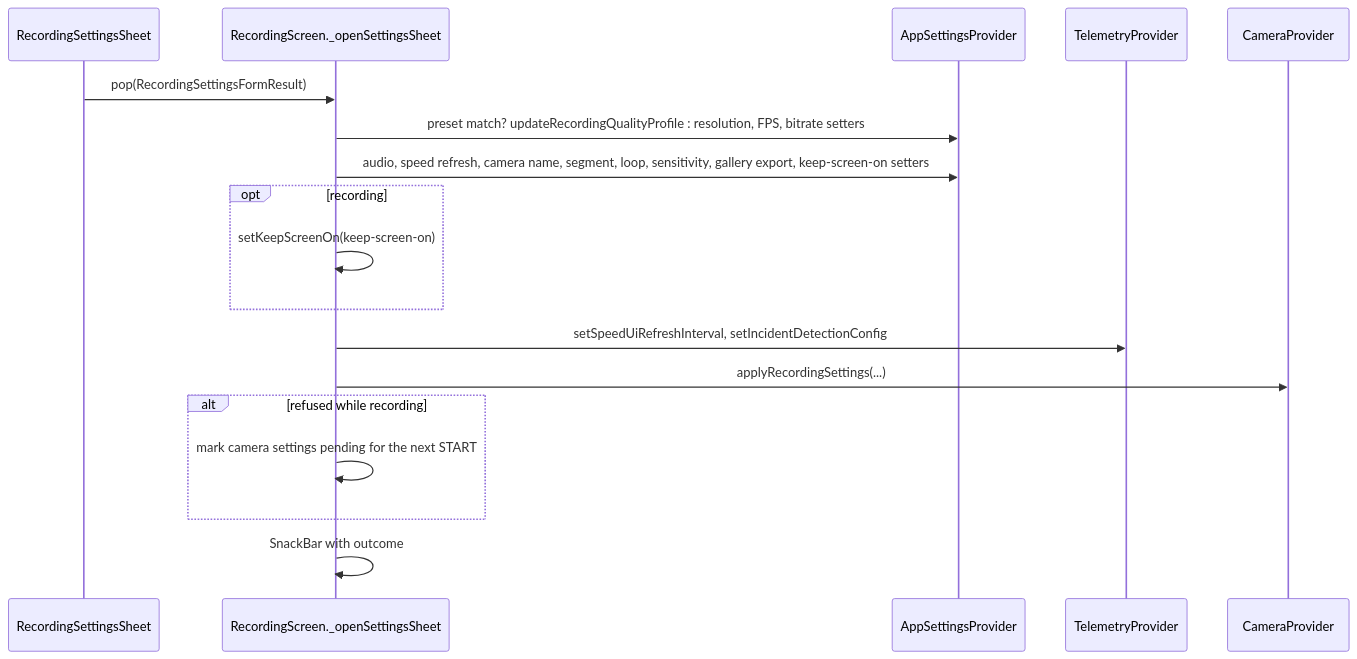
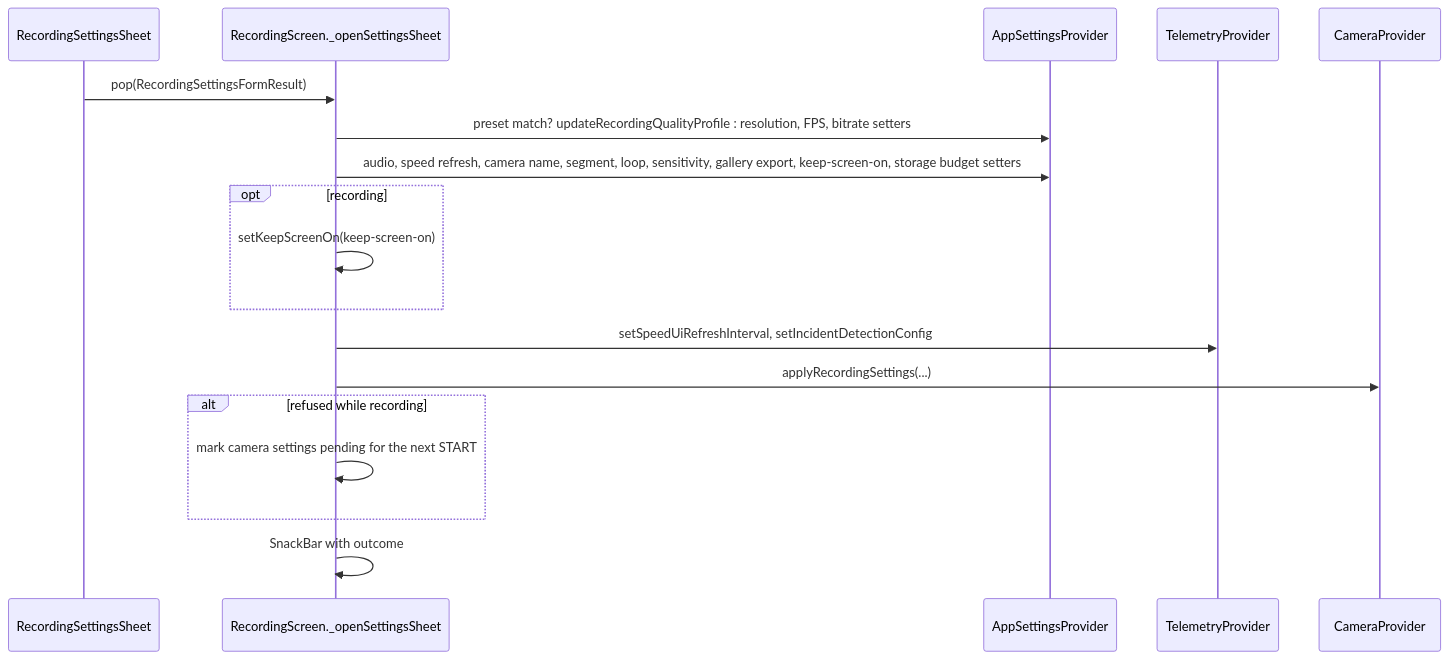
Before and after one commit to Sarthak195/MotoCam: the diagram in docs/settings.md, drawn with Mermaid. The commit also changed 5 other files, not shown here.

First line of the commit message:
docs: test counts, settings overview, platform rows, import files and budget steps (F014, F016)

````diff
--- a/docs/settings.md
+++ b/docs/settings.md
@@ -111,20 +111,20 @@
 ```mermaid
 sequenceDiagram
     participant Sheet as RecordingSettingsSheet
     participant Screen as RecordingScreen._openSettingsSheet
     participant Settings as AppSettingsProvider
     participant Telemetry as TelemetryProvider
     participant Camera as CameraProvider
     Sheet->>Screen: pop(RecordingSettingsFormResult)
     Screen->>Settings: preset match? updateRecordingQualityProfile : resolution, FPS, bitrate setters
-    Screen->>Settings: audio, speed refresh, camera name, segment, loop, sensitivity, gallery export, keep-screen-on setters
+    Screen->>Settings: audio, speed refresh, camera name, segment, loop, sensitivity, gallery export, keep-screen-on, storage budget setters
     opt recording
         Screen->>Screen: setKeepScreenOn(keep-screen-on)
     end
     Screen->>Telemetry: setSpeedUiRefreshInterval, setIncidentDetectionConfig
     Screen->>Camera: applyRecordingSettings(...)
     alt refused while recording
         Screen->>Screen: mark camera settings pending for the next START
     end
     Screen->>Screen: SnackBar with outcome
 ```
````
